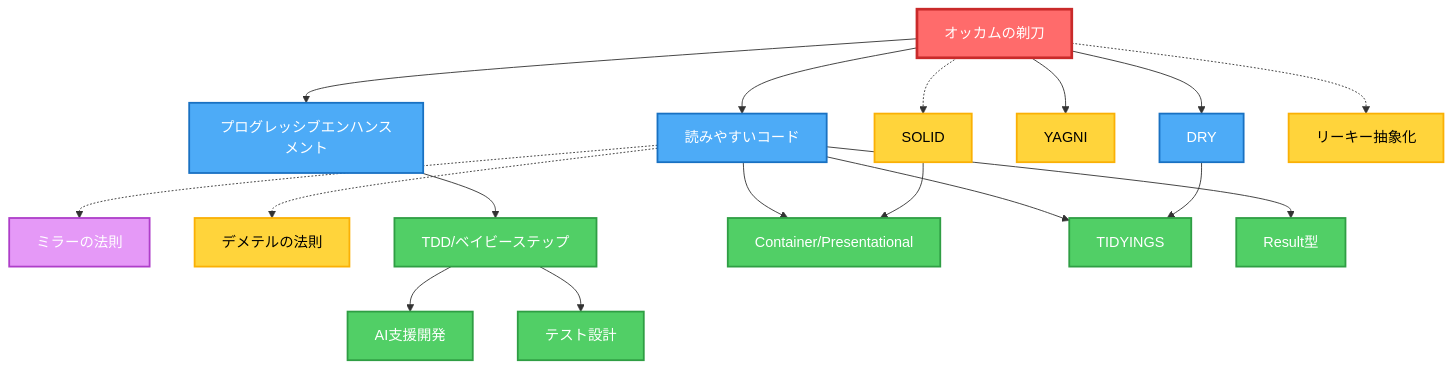
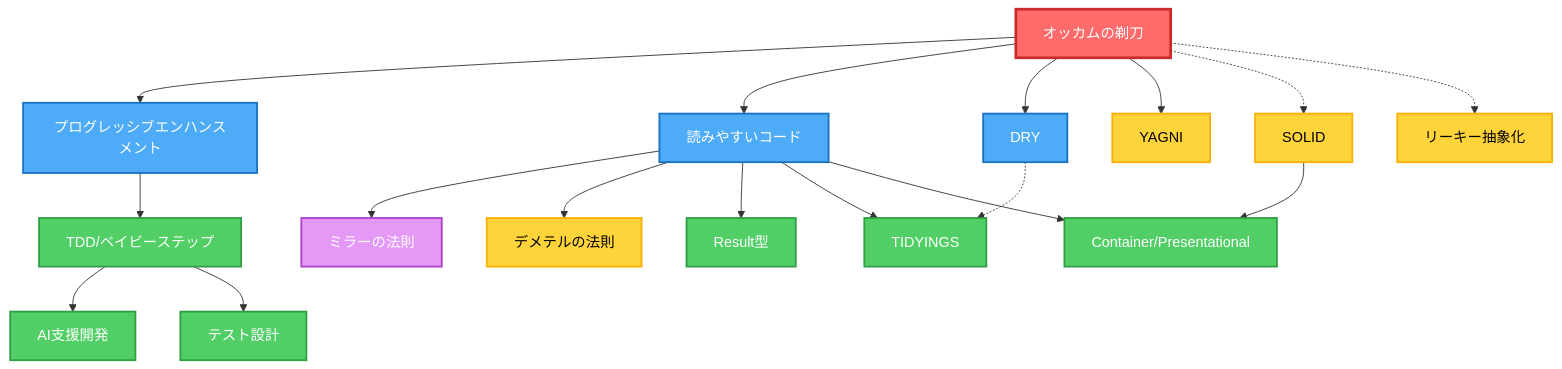
One commit to thkt/dotclaude changed the diagram in .ja/rules/PRINCIPLES.md. Above: the diagram before and after it, drawn with Mermaid. The commit also changed 6 other files, not shown here.

First line of the commit message:
fix(config): correct marketplace.json schema and sync documentation

````diff
--- a/.ja/rules/PRINCIPLES.md
+++ b/.ja/rules/PRINCIPLES.md
@@ -23,47 +23,47 @@
 ```mermaid
 graph TD
     %% === ノード定義（階層別） ===
     OR[オッカムの剃刀]
     PE[プログレッシブエンハンスメント]
     RC[読みやすいコード]
     DRY[DRY]
     YAGNI[YAGNI]
     SOLID[SOLID]
     LA[リーキー抽象化]
     ML[ミラーの法則]
     LoD[デメテルの法則]
     TDD[TDD/ベイビーステップ]
     CP[Container/Presentational]
     TIDY[TIDYINGS]
     AI[AI支援開発]
     TD[テスト設計]
     RT[Result型]
 
     %% === エッジ（オッカムの剃刀から） ===
     OR --> PE & RC & DRY
     OR --> YAGNI
     OR -.-> SOLID & LA
 
     %% === エッジ（普遍的原則から） ===
+    RC --> ML & LoD
     PE --> TDD
-    RC --> CP & TIDY & RT
-    RC -.-> ML & LoD
-    DRY --> TIDY
+    RC --> RT & TIDY & CP
+    DRY -.-> TIDY
     SOLID --> CP
 
     %% === エッジ（適用プラクティスから） ===
     TDD --> AI & TD
 
     %% === スタイル ===
     classDef meta fill:#ff6b6b,stroke:#c92a2a,stroke-width:3px,color:#fff
     classDef universal fill:#4dabf7,stroke:#1971c2,stroke-width:2px,color:#fff
     classDef applied fill:#51cf66,stroke:#2f9e44,stroke-width:2px,color:#fff
     classDef contextual fill:#ffd43b,stroke:#fab005,stroke-width:2px,color:#000
     classDef scientific fill:#e599f7,stroke:#ae3ec9,stroke-width:2px,color:#fff
 
     class OR meta
     class PE,RC,DRY universal
     class TDD,CP,TIDY,AI,TD,RT applied
     class SOLID,YAGNI,LoD,LA contextual
     class ML scientific
 ```
````
